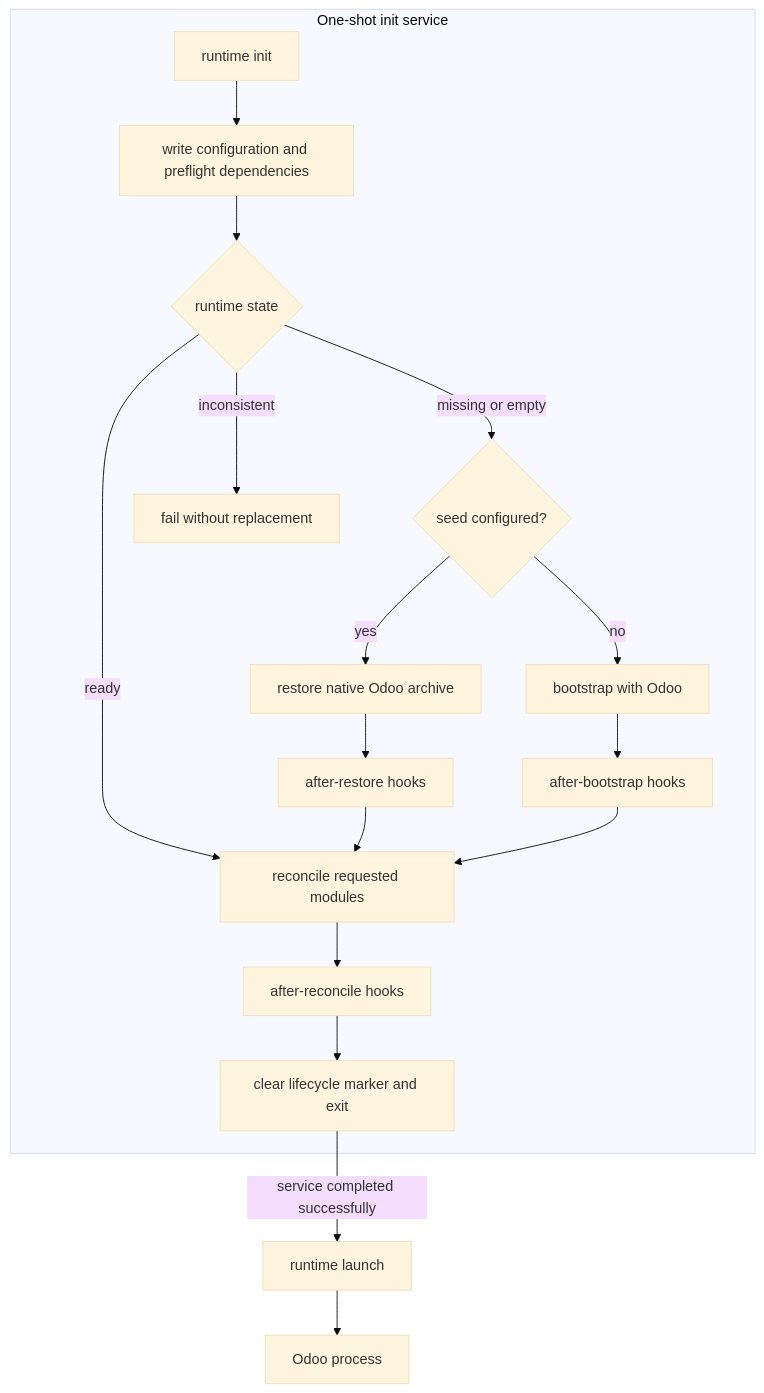
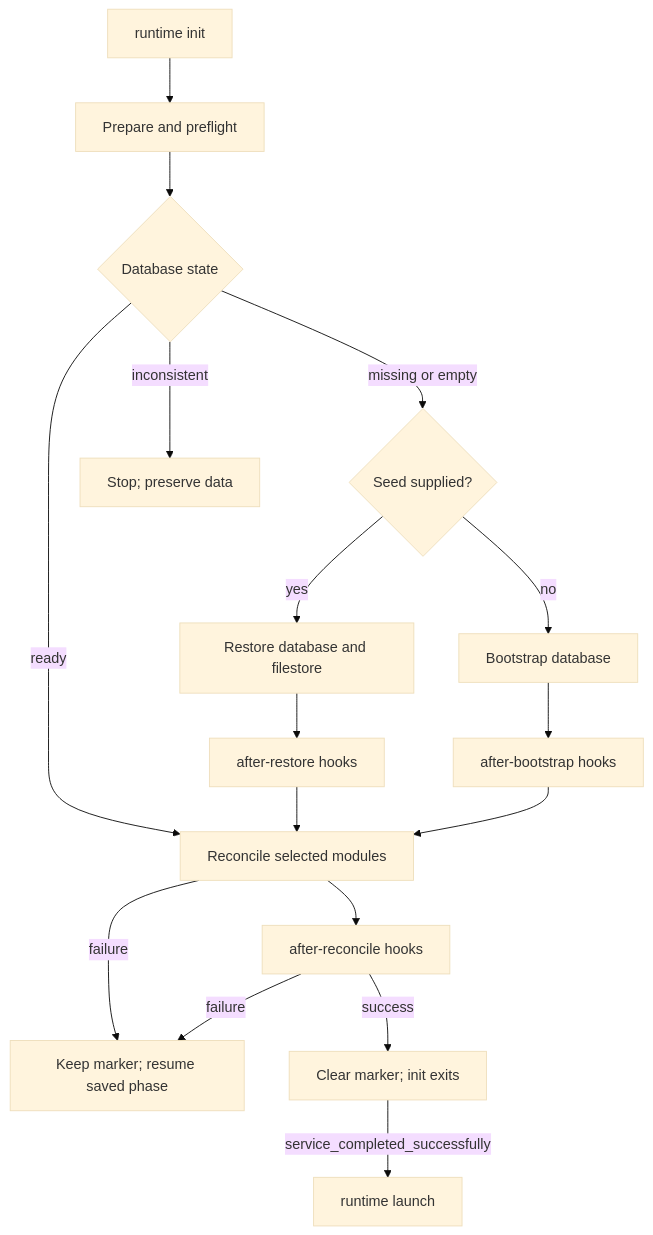
Before and after one commit to OpenJKSoftware/gOdoo: the first of 2 diagrams in docs/lifecycle.md, drawn with Mermaid (base theme). The commit also changed other lines of this file and 4 other files, not shown here.

Commit message:
📝 Reorganize workspace and runtime lifecycle guides.

````diff
--- a/docs/lifecycle.md
+++ b/docs/lifecycle.md
@@ -9,21 +11,19 @@
 ```mermaid
 flowchart TD
-    subgraph Init[One-shot init service]
-        I[runtime init] --> P[write configuration and preflight dependencies]
-        P --> S{runtime state}
-        S -->|ready| R[reconcile requested modules]
-        S -->|missing or empty| Seed{seed configured?}
-        S -->|inconsistent| Fail[fail without replacement]
-        Seed -->|yes| Restore[restore native Odoo archive]
-        Seed -->|no| Bootstrap[bootstrap with Odoo]
-        Restore --> AfterRestore[after-restore hooks]
-        Bootstrap --> AfterBootstrap[after-bootstrap hooks]
-        AfterRestore --> R
-        AfterBootstrap --> R
-        R --> AfterReconcile[after-reconcile hooks]
-        AfterReconcile --> Done[clear lifecycle marker and exit]
-    end
-
-    Done -->|service completed successfully| Launch[runtime launch]
-    Launch --> Odoo[Odoo process]
+    Init[runtime init] --> Check[Prepare and preflight]
+    Check --> State{Database state}
+    State -->|ready| Reconcile[Reconcile selected modules]
+    State -->|missing or empty| Seed{Seed supplied?}
+    State -->|inconsistent| Fail[Stop; preserve data]
+    Seed -->|yes| Restore[Restore database and filestore]
+    Seed -->|no| Bootstrap[Bootstrap database]
+    Restore --> RestoreHooks[after-restore hooks]
+    Bootstrap --> BootstrapHooks[after-bootstrap hooks]
+    RestoreHooks --> Reconcile
+    BootstrapHooks --> Reconcile
+    Reconcile --> Finalize[after-reconcile hooks]
+    Reconcile -->|failure| Pending[Keep marker; retry saved phase]
+    Finalize -->|success| Ready[Clear marker; init exits]
+    Finalize -->|failure| Pending[Keep marker; resume saved phase]
+    Ready -->|service_completed_successfully| Launch[runtime launch]
 ```
````
